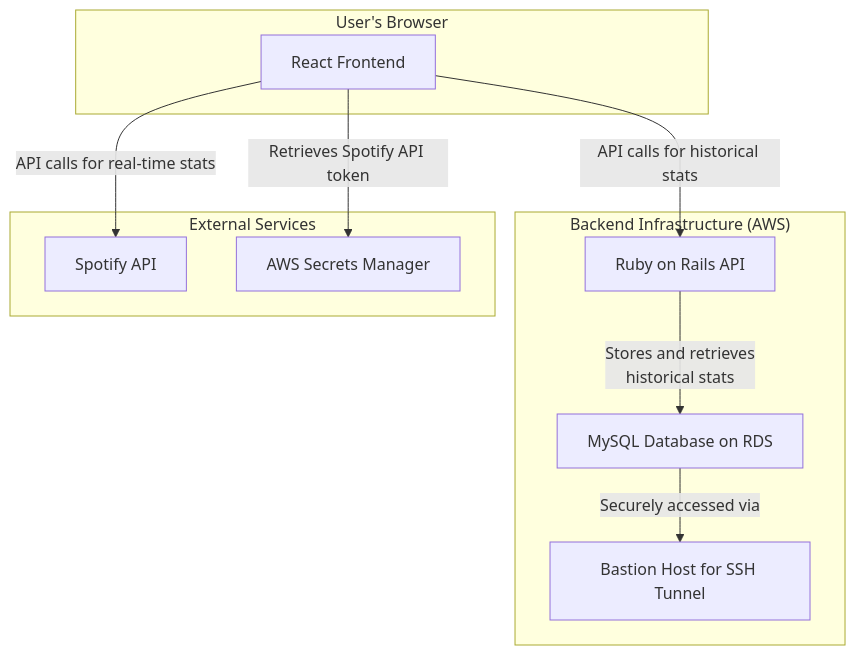
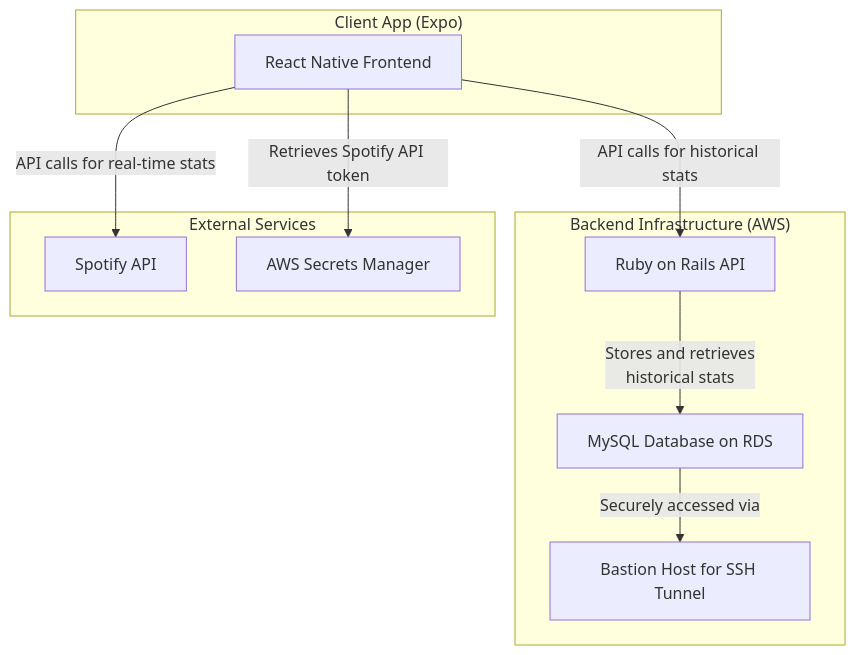
One commit to BrandonLC2020/PersonalSpotifyStatsWebApp changed the diagram in README.md. Above: the diagram before and after it, drawn with Mermaid. The commit also changed other lines of this file, not shown here.

Commit message:
Docs: Update README to reflect React Native (Expo) migration

````diff
--- a/README.md
+++ b/README.md
@@ -26,23 +29,23 @@
 ```mermaid
 graph TD
-    subgraph "User's Browser"
-        A[React Frontend]
+    subgraph "Client App (Expo)"
+        A[React Native Frontend]
     end
 
     subgraph "Backend Infrastructure (AWS)"
         B[Ruby on Rails API]
         C[MySQL Database on RDS]
         D[Bastion Host for SSH Tunnel]
     end
 
     subgraph "External Services"
         E[Spotify API]
         F[AWS Secrets Manager]
     end
 
     A -- "API calls for historical stats" --> B
     A -- "API calls for real-time stats" --> E
     A -- "Retrieves Spotify API token" --> F
     B -- "Stores and retrieves<br>historical stats" --> C
     C -- "Securely accessed via" --> D
 ```
````
